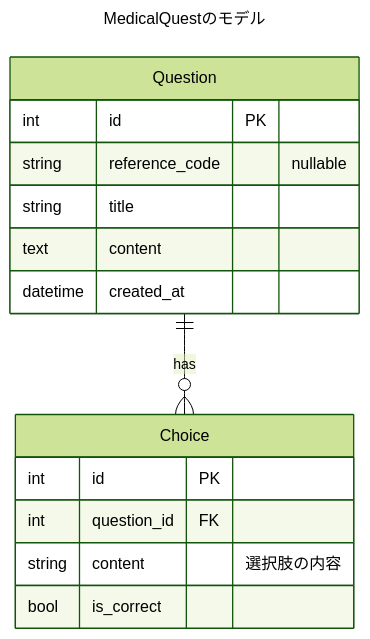
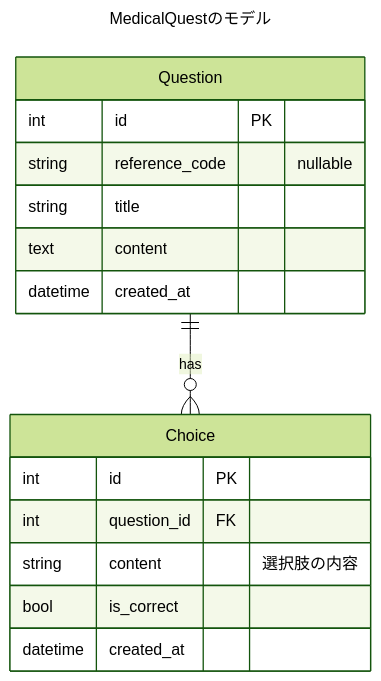
One commit to takechiyo-19940627/medicalquest changed the diagram in docs/ARCHITECTURE.md. Above: the diagram before and after it, drawn with Mermaid (forest theme). The commit also changed other lines of this file and 1 other file, not shown here.

````diff
--- a/docs/ARCHITECTURE.md
+++ b/docs/ARCHITECTURE.md
@@ -5,23 +5,24 @@
 ```mermaid
 ---
 title: MedicalQuestのモデル
 ---
 erDiagram
     
     Question ||--o{ Choice : "has"
     
     Question {
         int id PK
         string reference_code "nullable"
         string title
         text content
         datetime created_at
     }
     
     Choice {
         int id PK
         int question_id FK
         string content "選択肢の内容"
         bool is_correct
+        datetime created_at
     }
 ```
````
